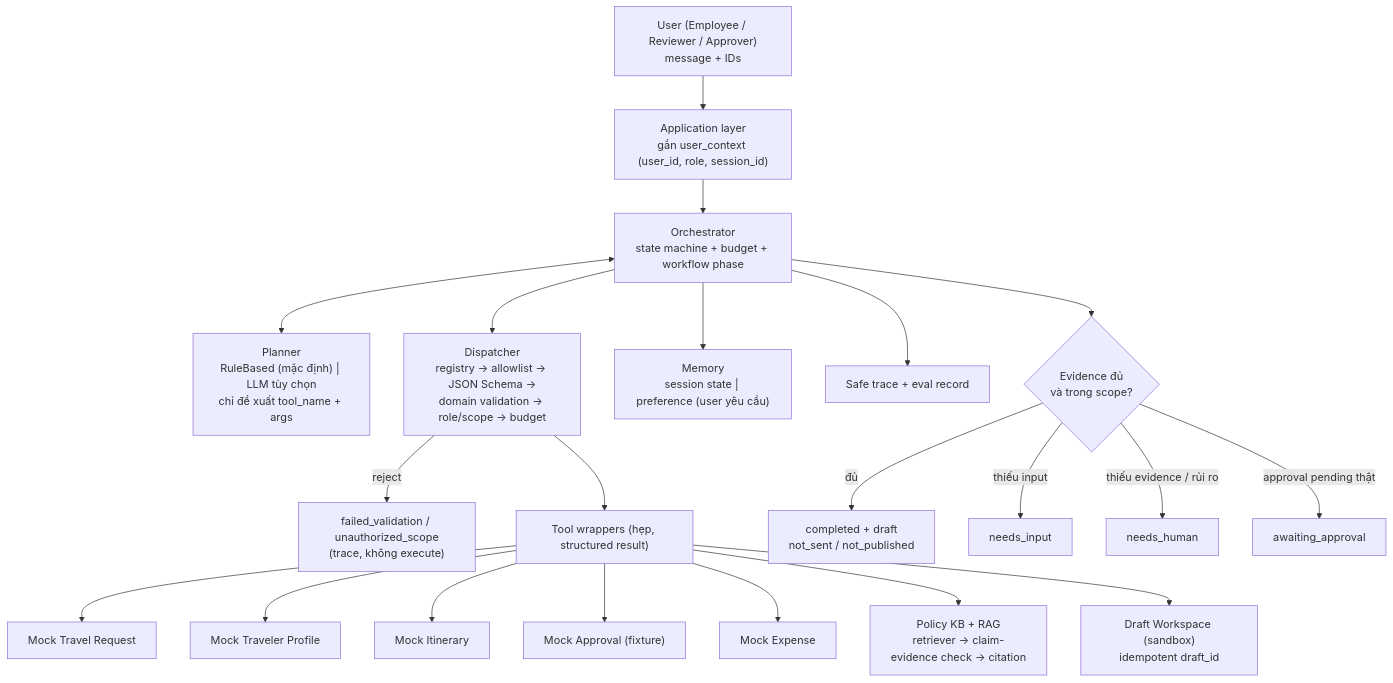
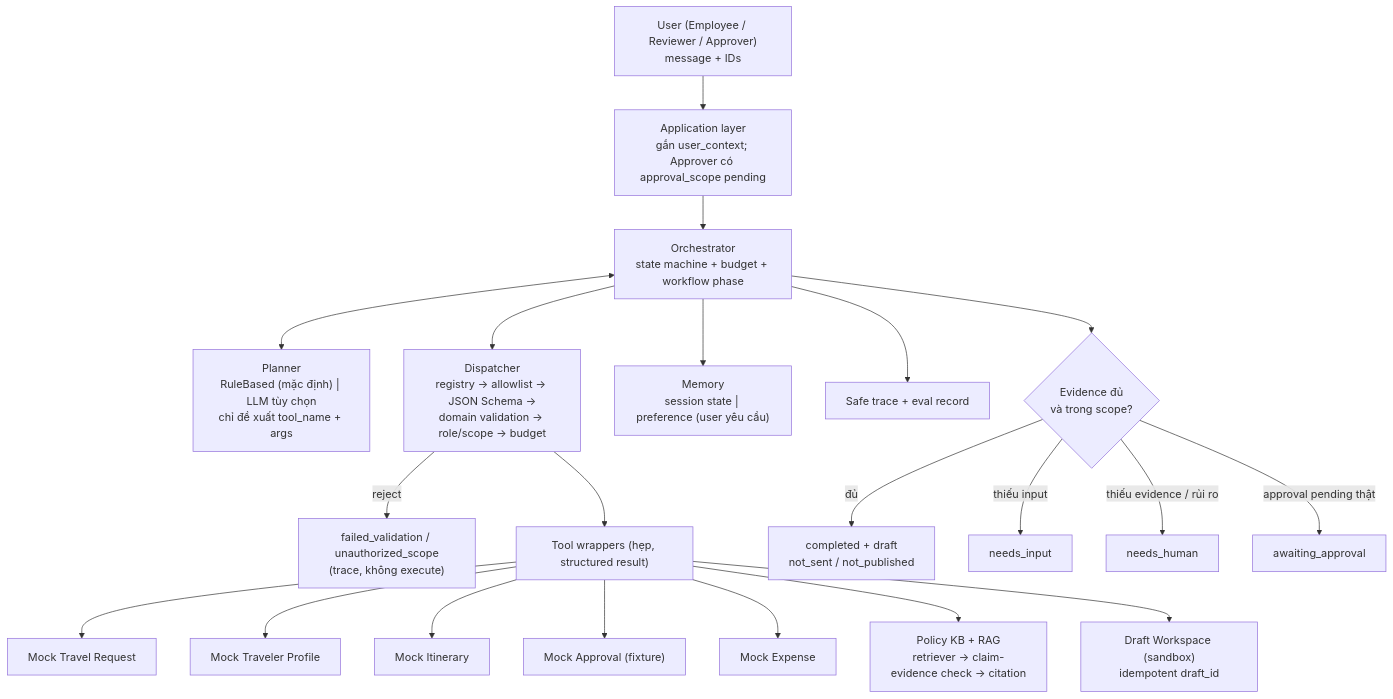
The first of 4 diagrams in Given Docs/ARCHITECTURE.md (callmevuhuy/AI-Agent-Development-Mini-Project), drawn with Mermaid before and after one commit. The commit also changed other lines of this file and 7 other files, not shown here.

Commit message:
docs: clarify delivery plan and approver scope

````diff
--- a/Given Docs/ARCHITECTURE.md
+++ b/Given Docs/ARCHITECTURE.md
@@ -6,23 +6,23 @@
 ```mermaid
 flowchart TD
-    U["User (Employee / Reviewer / Approver)<br/>message + IDs"] --> APP["Application layer<br/>gắn user_context (user_id, role, session_id)"]
+    U["User (Employee / Reviewer / Approver)<br/>message + IDs"] --> APP["Application layer<br/>gắn user_context; Approver có approval_scope pending"]
     APP --> ORCH["Orchestrator<br/>state machine + budget + workflow phase"]
     ORCH <--> LLM["Planner<br/>RuleBased (mặc định) | LLM tùy chọn<br/>chỉ đề xuất tool_name + args"]
     ORCH --> DISP["Dispatcher<br/>registry → allowlist → JSON Schema →<br/>domain validation → role/scope → budget"]
     DISP -->|reject| REJ["failed_validation / unauthorized_scope<br/>(trace, không execute)"]
     DISP --> TOOLS["Tool wrappers (hẹp, structured result)"]
     TOOLS --> M1["Mock Travel Request"]
     TOOLS --> M2["Mock Traveler Profile"]
     TOOLS --> M3["Mock Itinerary"]
     TOOLS --> M4["Mock Approval (fixture)"]
     TOOLS --> M5["Mock Expense"]
     TOOLS --> RAG["Policy KB + RAG<br/>retriever → claim-evidence check → citation"]
     TOOLS --> DW["Draft Workspace (sandbox)<br/>idempotent draft_id"]
     ORCH --> MEM["Memory<br/>session state | preference (user yêu cầu)"]
     ORCH --> TR["Safe trace + eval record"]
     ORCH --> OUT{"Evidence đủ<br/>và trong scope?"}
     OUT -->|đủ| DONE["completed + draft<br/>not_sent / not_published"]
     OUT -->|thiếu input| NI["needs_input"]
     OUT -->|thiếu evidence / rủi ro| NH["needs_human"]
     OUT -->|approval pending thật| AA["awaiting_approval"]
 ```
````
